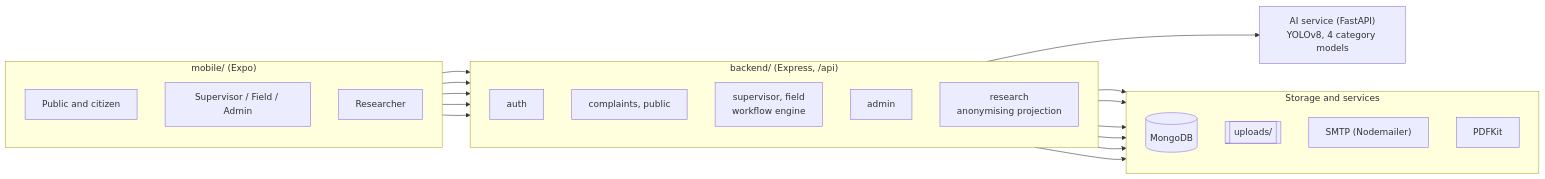
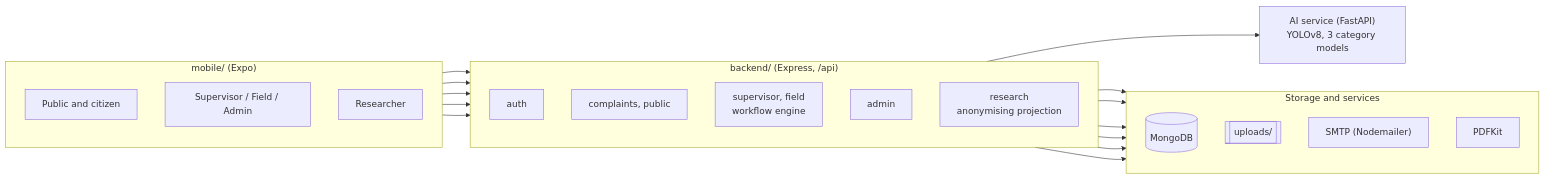
The first of 2 diagrams in README.md (pizzaparth/urbanfix), drawn with Mermaid before and after one commit. The commit also changed other lines of this file and 36 other files, not shown here.

First line of the commit message:
Finish phases 1-2: fix CI, withdraw open manhole category, Table IV and Fig. 4

````diff
--- a/README.md
+++ b/README.md
@@ -58,37 +58,37 @@
 ```mermaid
 flowchart LR
     subgraph Client["mobile/  (Expo)"]
         direction TB
         P["Public and citizen"]
         S["Supervisor / Field / Admin"]
         R["Researcher"]
     end
 
     subgraph API["backend/  (Express, /api)"]
         direction TB
         AU["auth"]
         CO["complaints, public"]
         WF["supervisor, field<br/>workflow engine"]
         AD["admin"]
         RS["research<br/>anonymising projection"]
     end
 
     subgraph Data["Storage and services"]
         direction TB
         DB[("MongoDB")]
         UP[["uploads/"]]
         ML["SMTP (Nodemailer)"]
         PDF["PDFKit"]
     end
 
-    AI["AI service (FastAPI)<br/>YOLOv8, 4 category models"]
+    AI["AI service (FastAPI)<br/>YOLOv8, 3 category models"]
 
     P --> AU & CO
     S --> WF & AD
     R --> RS
     API --> DB
     CO & WF --> UP
     CO & WF --> ML
     WF --> PDF
     CO --> AI
 ```
````
